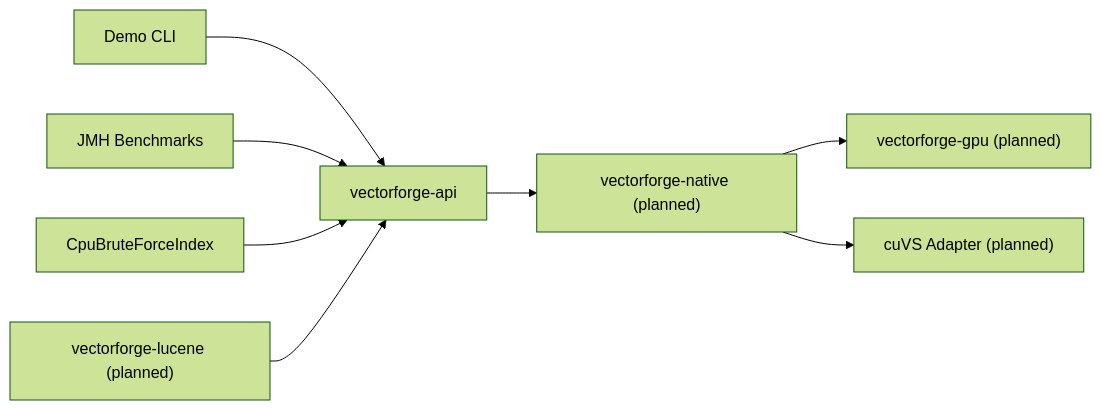
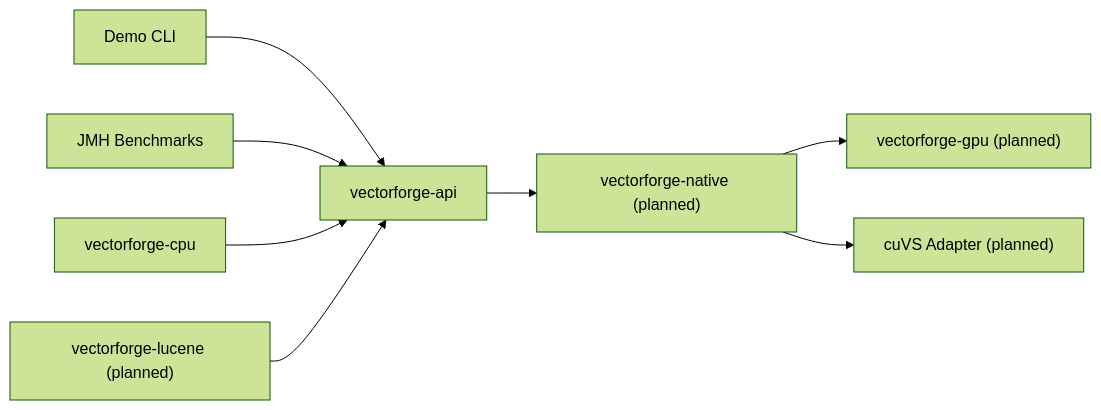
Before and after one commit to AntVann/Java-Vector-Search: the diagram in README.md, drawn with Mermaid (forest theme). The commit also changed other lines of this file and 2 other files, not shown here.

Commit message:
docs: record verified cpu baseline

````diff
--- a/README.md
+++ b/README.md
@@ -16,10 +24,10 @@
 ```mermaid
 flowchart LR
     Demo["Demo CLI"] --> API["vectorforge-api"]
     Bench["JMH Benchmarks"] --> API
-    CPU["CpuBruteForceIndex"] --> API
+    CPU["vectorforge-cpu"] --> API
     API --> Native["vectorforge-native (planned)"]
     Native --> GPU["vectorforge-gpu (planned)"]
     Native --> CUVS["cuVS Adapter (planned)"]
     Lucene["vectorforge-lucene (planned)"] --> API
 ```
````
